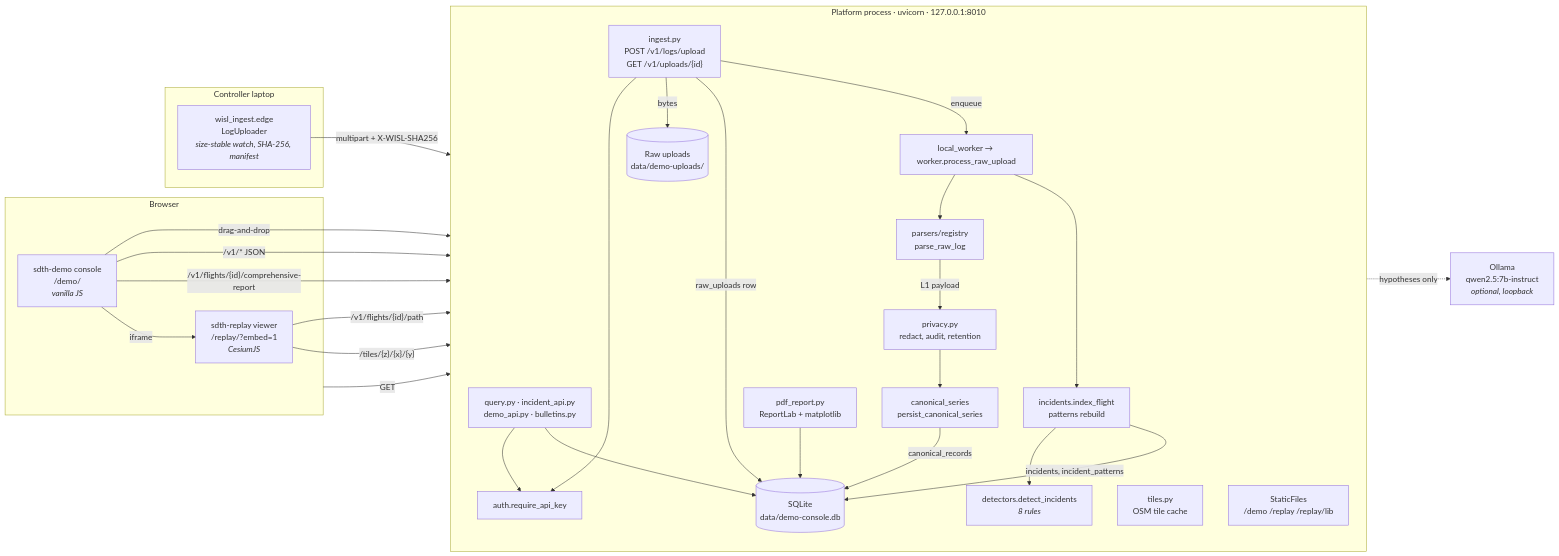
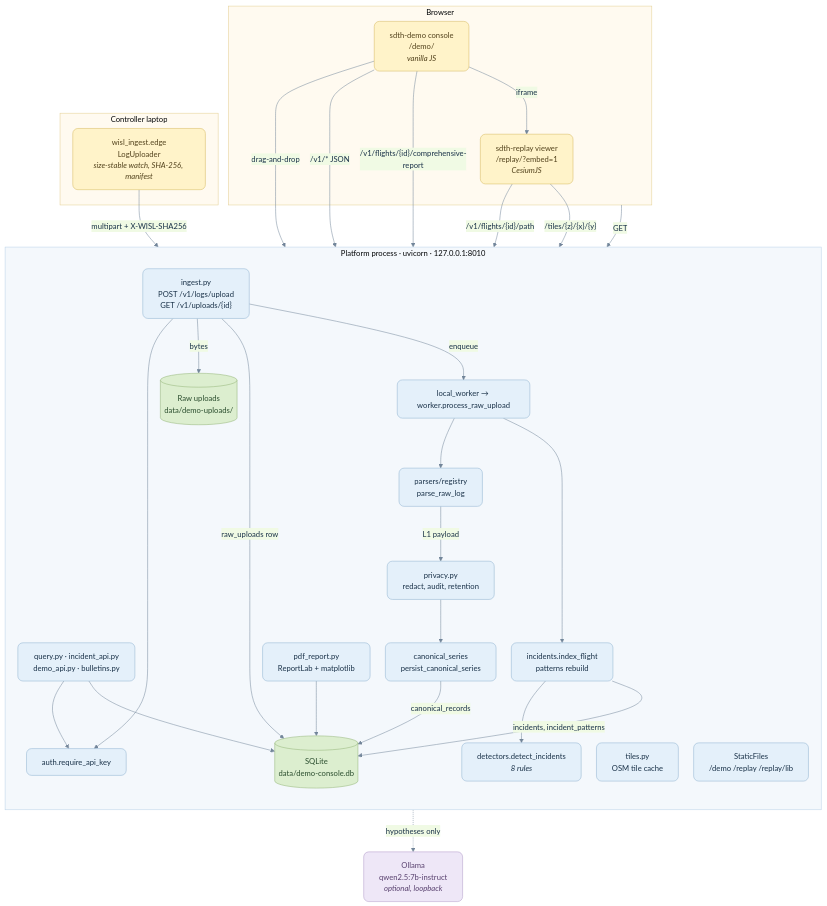
One commit to Sea1vester/WISL-Singapore-Defence-Tech-Hackathon changed the first of 6 diagrams in docs/architecture-uml.md. Above: the diagram before and after it, drawn with Mermaid. The commit also changed other lines of this file and 8 other files, not shown here.

First line of the commit message:
Make architecture diagrams readable directly on GitHub

````diff
--- a/docs/architecture-uml.md
+++ b/docs/architecture-uml.md
@@ -9,56 +20,69 @@
 ```mermaid
-flowchart LR
+%%{init: {"theme":"base","themeCSS":"text { font-family: Arial, sans-serif !important; }","themeVariables":{"fontFamily":"Arial, sans-serif","fontSize":"15px","primaryColor":"#e4f0fa","primaryTextColor":"#183047","primaryBorderColor":"#8eb3cf","lineColor":"#73869a","clusterBkg":"#f6f9fc","clusterBorder":"#c8d6e2"},"flowchart":{"curve":"basis","nodeSpacing":30,"rankSpacing":60}}}%%
+flowchart TB
     subgraph Edge["Controller laptop"]
         watcher["wisl_ingest.edge<br/>LogUploader<br/><i>size-stable watch, SHA-256, manifest</i>"]
     end
 
     subgraph Browser["Browser"]
         console["sdth-demo console<br/>/demo/<br/><i>vanilla JS</i>"]
         replay["sdth-replay viewer<br/>/replay/?embed=1<br/><i>CesiumJS</i>"]
         console -- iframe --> replay
     end
 
     subgraph Platform["Platform process · uvicorn · 127.0.0.1:8010"]
         direction TB
         auth["auth.require_api_key"]
         ingest["ingest.py<br/>POST /v1/logs/upload<br/>GET /v1/uploads/{id}"]
         worker["local_worker → worker.process_raw_upload"]
         registry["parsers/registry<br/>parse_raw_log"]
         privacy["privacy.py<br/>redact, audit, retention"]
         canonical["canonical_series<br/>persist_canonical_series"]
         detectors["detectors.detect_incidents<br/><i>8 rules</i>"]
         incidents["incidents.index_flight<br/>patterns rebuild"]
         query["query.py · incident_api.py<br/>demo_api.py · bulletins.py"]
         pdf["pdf_report.py<br/>ReportLab + matplotlib"]
         tiles["tiles.py<br/>OSM tile cache"]
         static["StaticFiles<br/>/demo /replay /replay/lib"]
         db[("SQLite<br/>data/demo-console.db")]
         raw[("Raw uploads<br/>data/demo-uploads/")]
     end
 
     ollama["Ollama<br/>qwen2.5:7b-instruct<br/><i>optional, loopback</i>"]
 
     watcher -- "multipart + X-WISL-SHA256" --> ingest
     console -- "drag-and-drop" --> ingest
     console -- "/v1/* JSON" --> query
     console -- "/v1/flights/{id}/comprehensive-report" --> pdf
     replay -- "/v1/flights/{id}/path" --> query
     replay -- "/tiles/{z}/{x}/{y}" --> tiles
     Browser -- "GET" --> static
 
     ingest --> auth
     query --> auth
     ingest -- "bytes" --> raw
     ingest -- "raw_uploads row" --> db
     ingest -- "enqueue" --> worker
     worker --> registry
     registry -- "L1 payload" --> privacy
     privacy --> canonical
     canonical -- "canonical_records" --> db
     worker --> incidents
     incidents --> detectors
     incidents -- "incidents, incident_patterns" --> db
     query --> db
     pdf --> db
     query -. "hypotheses only" .-> ollama
+
+    classDef entry fill:#fff3c9,stroke:#d6b85d,color:#51411b,rx:10,ry:10
+    classDef service fill:#e4f0fa,stroke:#8eb3cf,color:#183047,rx:10,ry:10
+    classDef evidence fill:#dceecf,stroke:#92b577,color:#294c2d
+    classDef optional fill:#eee7f7,stroke:#b09ac8,color:#58406e,rx:10,ry:10
+    class watcher,console,replay entry
+    class auth,ingest,worker,registry,privacy,canonical,detectors,incidents,query,pdf,tiles,static service
+    class db,raw evidence
+    class ollama optional
+    style Edge fill:#fffaf0,stroke:#e3ce92
+    style Browser fill:#fffaf0,stroke:#e3ce92
+    style Platform fill:#f4f8fc,stroke:#b9d2e8
 ```
````
